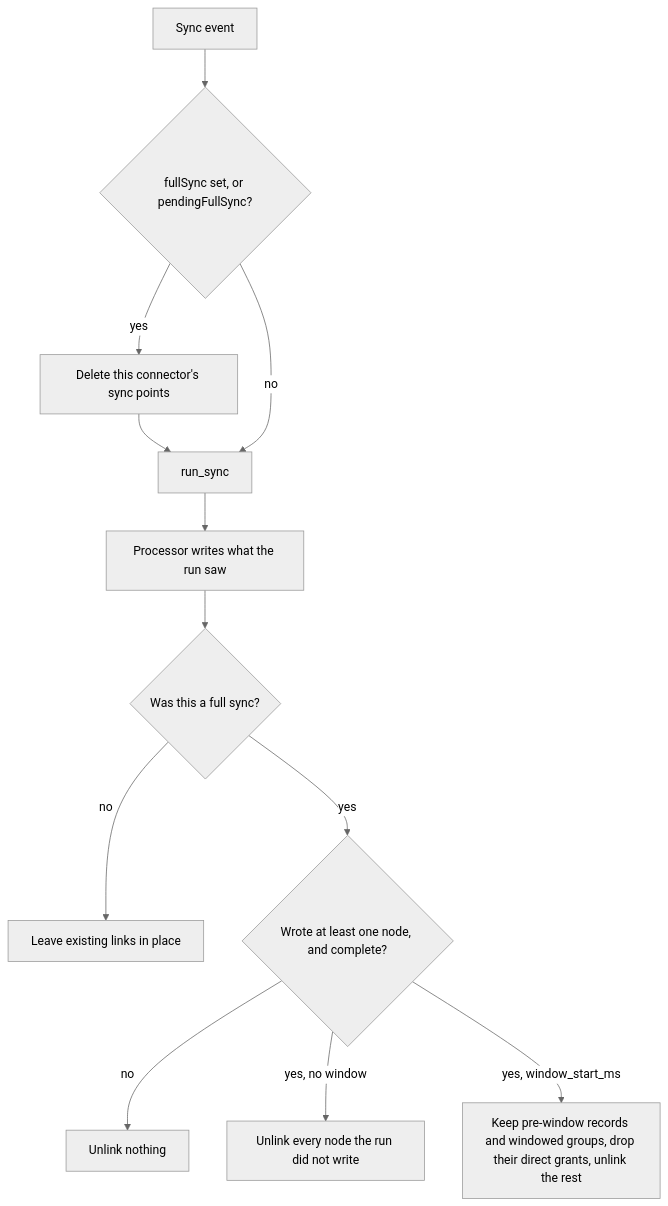
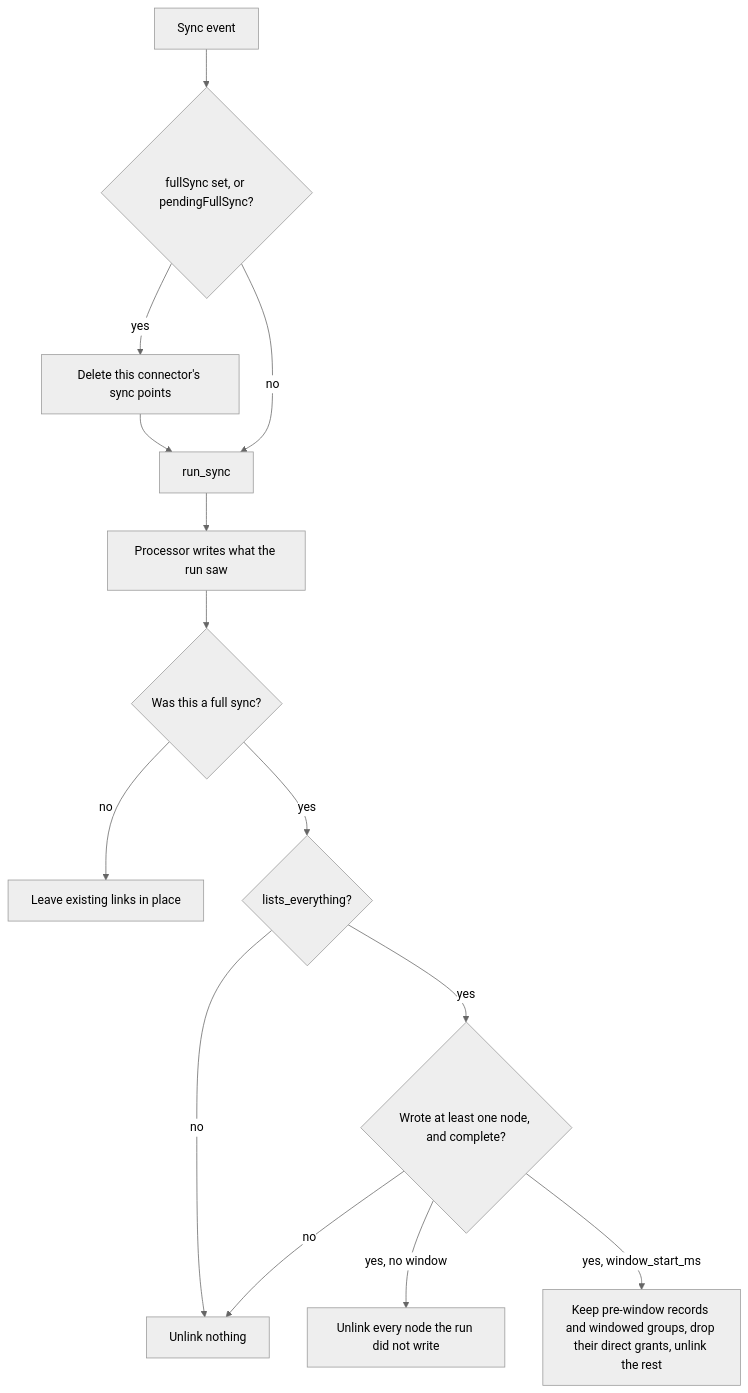
The third of 5 diagrams in docs/connectors/01-high-level-design.md (pipeshub-ai/pipeshub-ai), drawn with Mermaid (neutral theme) before and after one commit. The commit also changed other lines of this file and 9 other files, not shown here.

````diff
--- a/docs/connectors/01-high-level-design.md
+++ b/docs/connectors/01-high-level-design.md
@@ -85,14 +86,16 @@
 ```mermaid
 flowchart TD
   E[Sync event] --> F{fullSync set, or pendingFullSync?}
   F -->|yes| D[Delete this connector's sync points]
   D --> R[run_sync]
   F -->|no| R
   R --> W[Processor writes what the run saw]
   W --> Q{Was this a full sync?}
   Q -->|no| N[Leave existing links in place]
-  Q -->|yes| C{Wrote at least one node, and complete?}
+  Q -->|yes| L{lists_everything?}
+  L -->|no| K
+  L -->|yes| C{Wrote at least one node, and complete?}
   C -->|no| K[Unlink nothing]
   C -->|yes, no window| U[Unlink every node the run did not write]
   C -->|yes, window_start_ms| Win[Keep pre-window records and windowed groups, drop their direct grants, unlink the rest]
 ```
````
